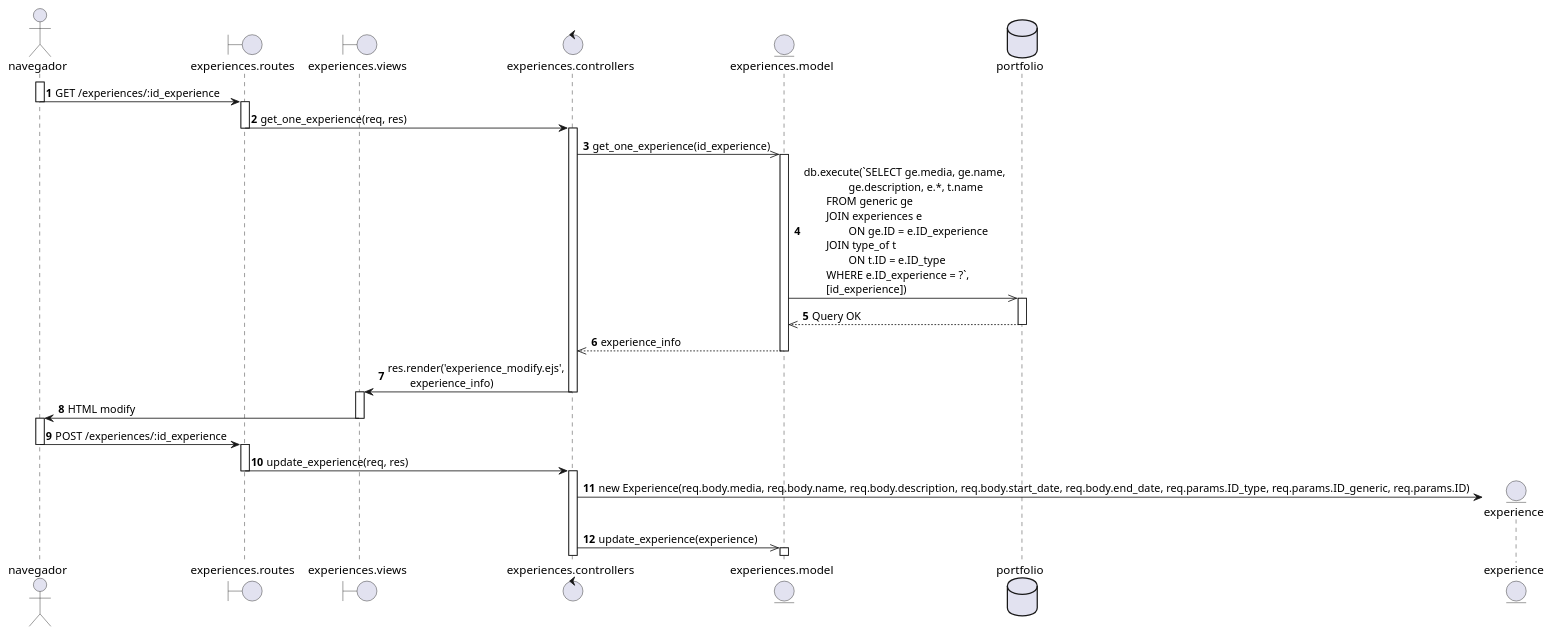
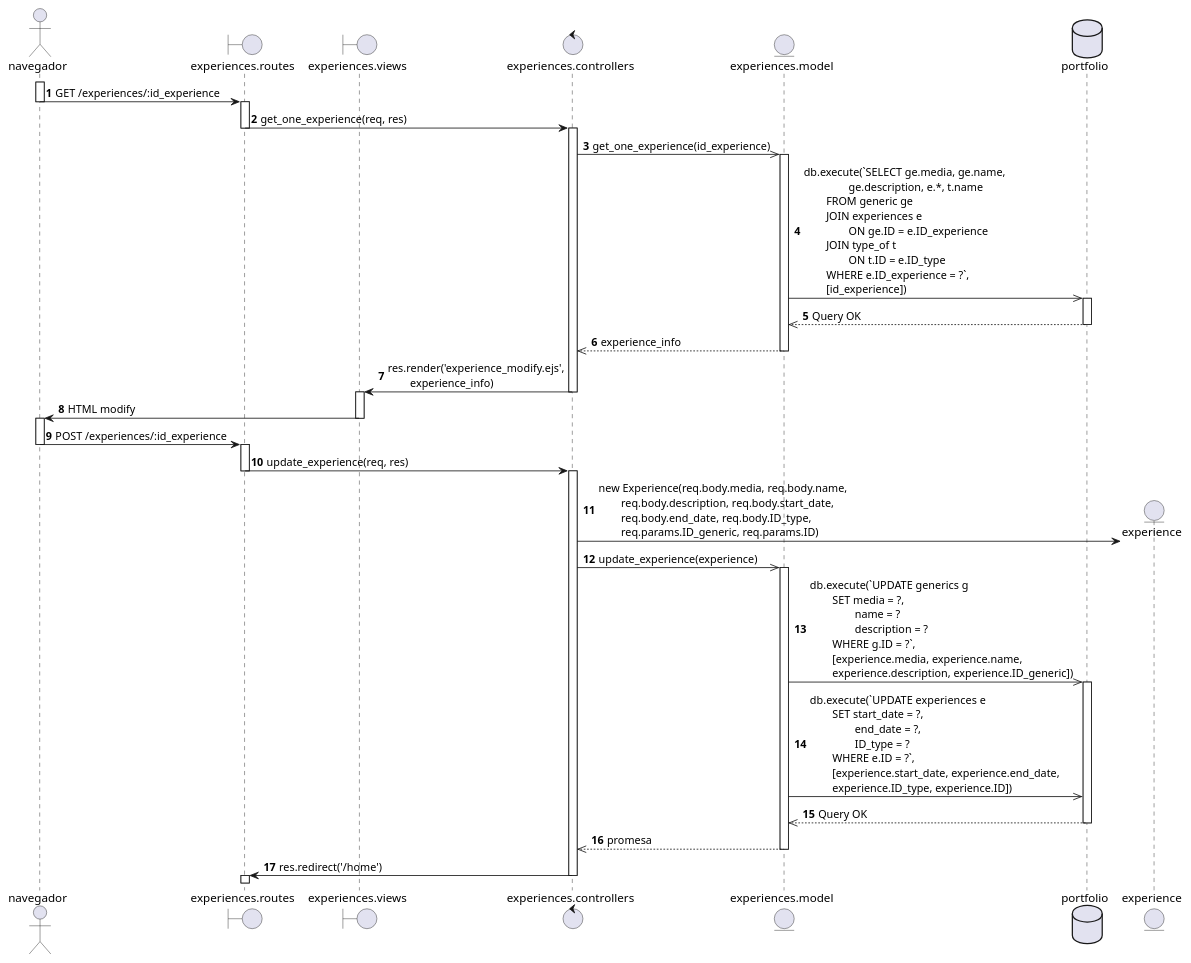
Before and after one commit to YaelChar417/portfolio: the diagram in Diagramas/Secuencia/CU11_A_Modificar_experiencia_educacion.puml, drawn with PlantUML. The commit also changed 1 other file, not shown here.

Commit message:
Feature: diagrama de secuencia del CU11 terminado

```diff
--- a/Diagramas/Secuencia/CU11_A_Modificar_experiencia_educacion.puml
+++ b/Diagramas/Secuencia/CU11_A_Modificar_experiencia_educacion.puml
@@ -1,55 +1,67 @@
 @startuml
 
 actor navegador as nav
 boundary "experiences.routes" as routes
 boundary "experiences.views" as view
 control "experiences.controllers" as controller
 entity "experiences.model" as model
 database portfolio as db 
 autonumber
 
 activate nav
 nav -> routes: GET /experiences/:id_experience
 deactivate nav
 
 activate routes
 routes -> controller: get_one_experience(req, res)
 deactivate routes
 
 activate controller
 controller ->> model: get_one_experience(id_experience)
 
 activate model 
 model ->> db: db.execute(`SELECT ge.media, ge.name, \n\t\tge.description, e.*, t.name \n\tFROM generic ge \n\tJOIN experiences e \n\t\tON ge.ID = e.ID_experience \n\tJOIN type_of t \n\t\tON t.ID = e.ID_type \n\tWHERE e.ID_experience = ?`, \n\t[id_experience])
 
 activate db
 db -->> model: Query OK
 deactivate db
 
 model -->> controller: experience_info
 deactivate model
 
 controller -> view: res.render('experience_modify.ejs', \n\texperience_info)
 deactivate controller
 
 activate view
 view -> nav: HTML modify
 deactivate view
 
 activate nav
 nav -> routes: POST /experiences/:id_experience
 deactivate nav
 
 activate routes
 routes -> controller: update_experience(req, res)
 deactivate routes
 
 activate controller
 create entity experience
-controller -> experience: new Experience(req.body.media, req.body.name, req.body.description, req.body.start_date, req.body.end_date, req.params.ID_type, req.params.ID_generic, req.params.ID)
+controller -> experience: new Experience(req.body.media, req.body.name, \n\treq.body.description, req.body.start_date, \n\treq.body.end_date, req.body.ID_type, \n\treq.params.ID_generic, req.params.ID)
 controller ->> model: update_experience(experience)
 
 activate model
+model ->> db: db.execute(`UPDATE generics g \n\tSET media = ?, \n\t\tname = ? \n\t\tdescription = ? \n\tWHERE g.ID = ?`, \n\t[experience.media, experience.name, \n\texperience.description, experience.ID_generic])
+activate db
+model ->> db: db.execute(`UPDATE experiences e \n\tSET start_date = ?, \n\t\tend_date = ?, \n\t\tID_type = ? \n\tWHERE e.ID = ?`, \n\t[experience.start_date, experience.end_date, \n\texperience.ID_type, experience.ID])
 
+db -->> model: Query OK
+deactivate db
+
+model -->> controller: promesa
+deactivate model
+
+controller -> routes: res.redirect('/home')
+deactivate controller 
+activate routes
 
 @enduml
```
